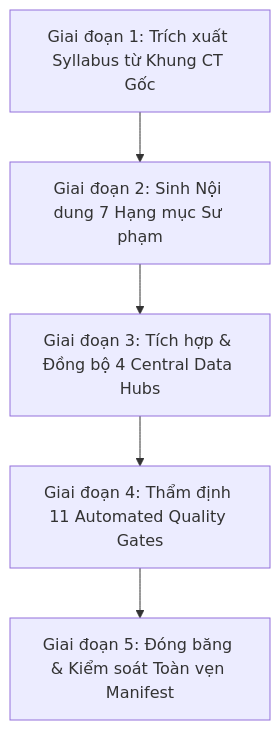
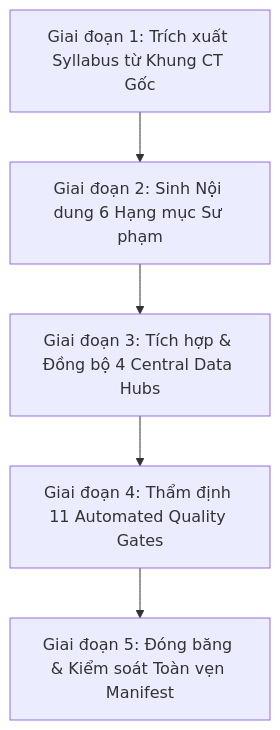
One commit to Binh3ks/enquest3k.copilot changed the diagram in docs/WEEK_PRODUCTION_SOP.md. Above: the diagram before and after it, drawn with Mermaid. The commit also changed other lines of this file, not shown here.

````diff
--- a/docs/WEEK_PRODUCTION_SOP.md
+++ b/docs/WEEK_PRODUCTION_SOP.md
@@ -170,7 +170,7 @@
 ```mermaid
 graph TD
-    Stage1[Giai đoạn 1: Trích xuất Syllabus từ Khung CT Gốc] --> Stage2[Giai đoạn 2: Sinh Nội dung 7 Hạng mục Sư phạm]
+    Stage1[Giai đoạn 1: Trích xuất Syllabus từ Khung CT Gốc] --> Stage2[Giai đoạn 2: Sinh Nội dung 6 Hạng mục Sư phạm]
     Stage2 --> Stage3[Giai đoạn 3: Tích hợp & Đồng bộ 4 Central Data Hubs]
     Stage3 --> Stage4[Giai đoạn 4: Thẩm định 11 Automated Quality Gates]
     Stage4 --> Stage5[Giai đoạn 5: Đóng băng & Kiểm soát Toàn vẹn Manifest]
 ```
````
